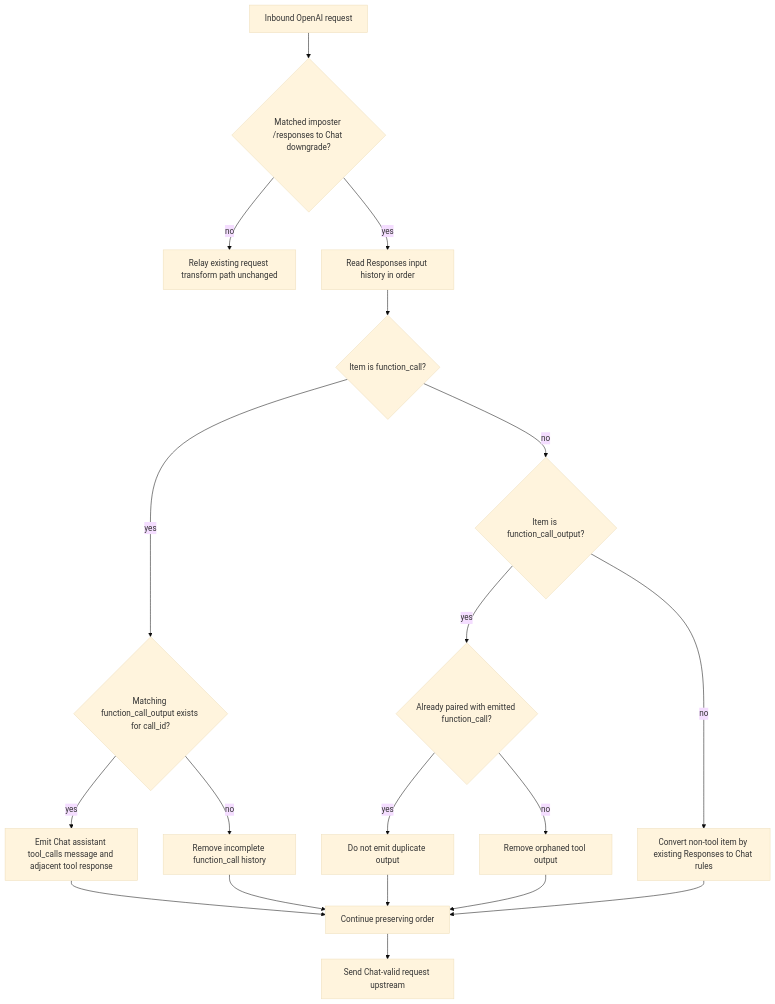
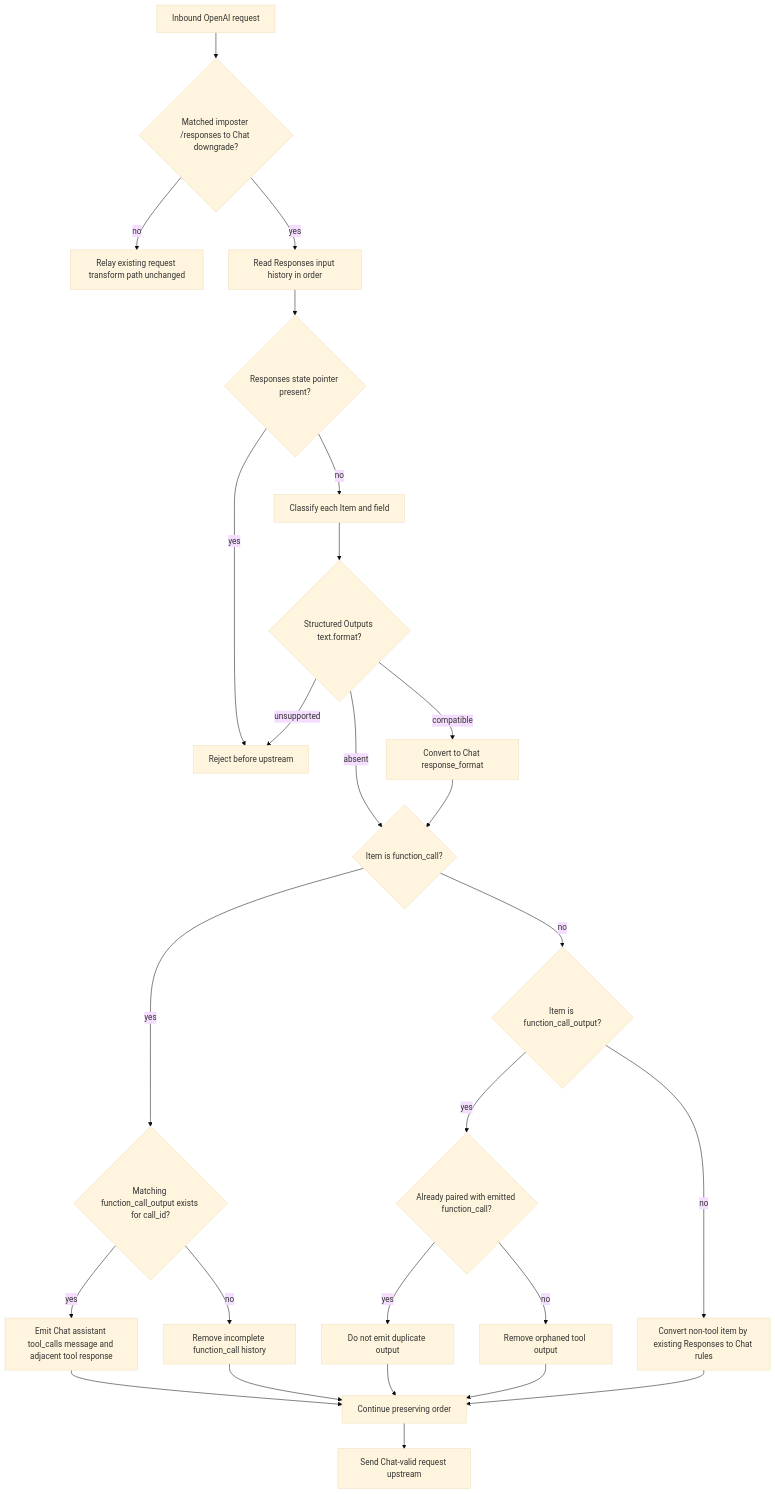
One commit to generic-automation-and-it/smooth-llm-imposter changed the second of 2 diagrams in .docs/hlds/006-responses-chat-tool-history-normalization/diagrams/c4-context.md. Above: the diagram before and after it, drawn with Mermaid (base theme). The commit also changed 6 other files, not shown here.

````diff
--- a/.docs/hlds/006-responses-chat-tool-history-normalization/diagrams/c4-context.md
+++ b/.docs/hlds/006-responses-chat-tool-history-normalization/diagrams/c4-context.md
@@ -34,21 +34,28 @@
 ```mermaid
 flowchart TD
     A[Inbound OpenAI request] --> B{Matched imposter /responses to Chat downgrade?}
     B -->|no| C[Relay existing request transform path unchanged]
     B -->|yes| D[Read Responses input history in order]
-    D --> E{Item is function_call?}
+    D --> P{Responses state pointer present?}
+    P -->|yes| Q[Reject before upstream]
+    P -->|no| R[Classify each Item and field]
+    R --> S{Structured Outputs text.format?}
+    S -->|compatible| T[Convert to Chat response_format]
+    S -->|unsupported| Q
+    S -->|absent| E{Item is function_call?}
+    T --> E
     E -->|yes| F{Matching function_call_output exists for call_id?}
     F -->|yes| G[Emit Chat assistant tool_calls message and adjacent tool response]
     F -->|no| H[Remove incomplete function_call history]
     E -->|no| I{Item is function_call_output?}
     I -->|yes| J{Already paired with emitted function_call?}
     J -->|yes| K[Do not emit duplicate output]
     J -->|no| L[Remove orphaned tool output]
     I -->|no| M[Convert non-tool item by existing Responses to Chat rules]
     G --> N[Continue preserving order]
     H --> N
     K --> N
     L --> N
     M --> N
     N --> O[Send Chat-valid request upstream]
 ```
````
